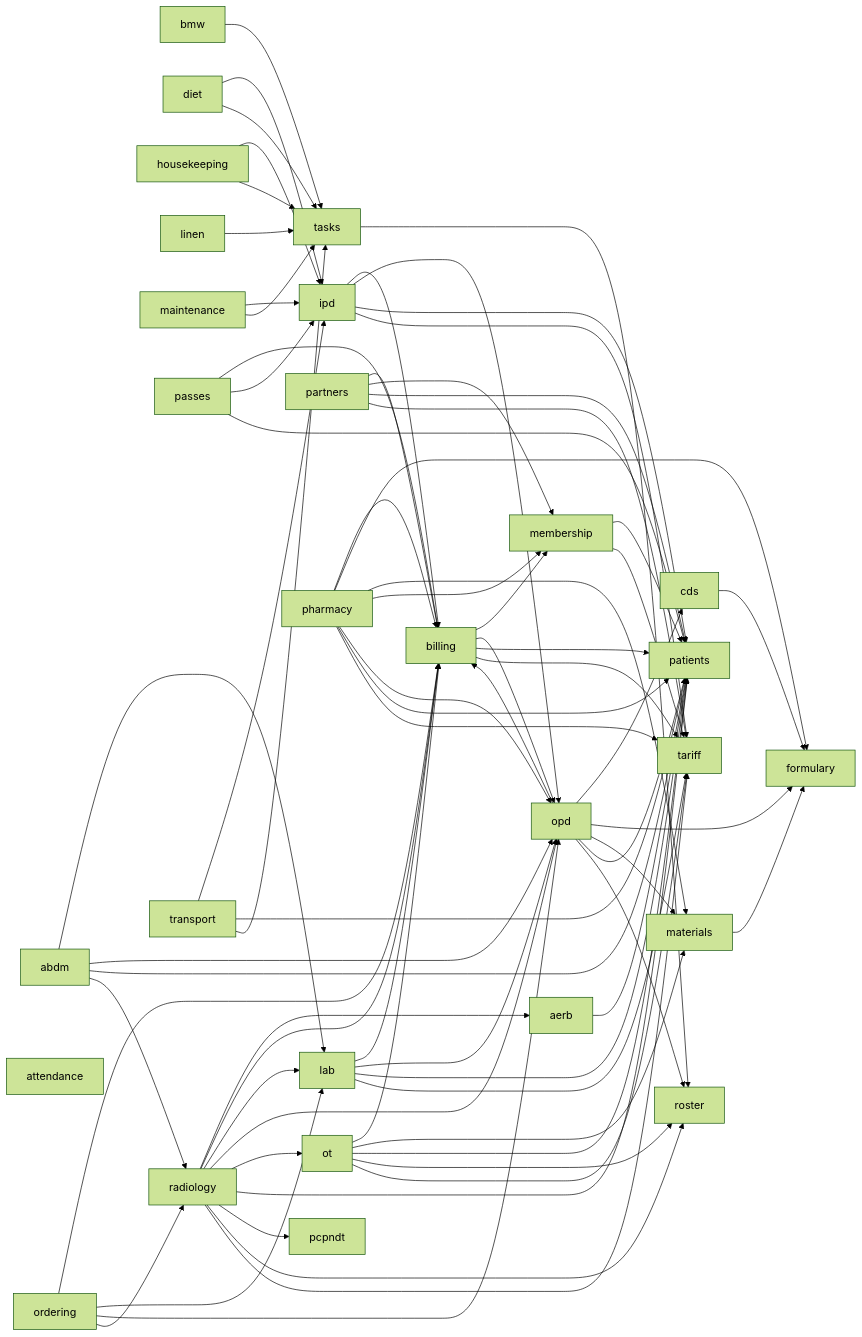
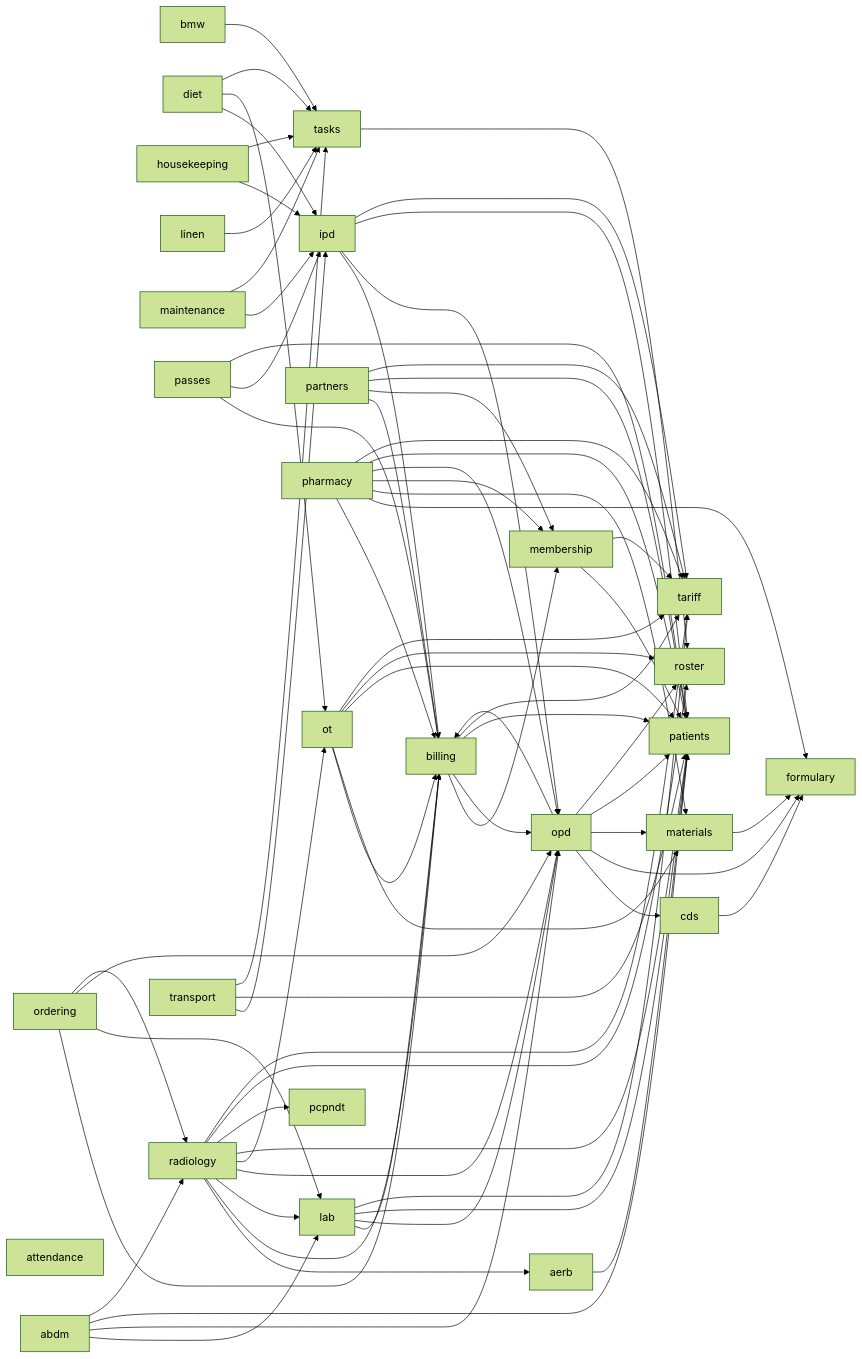
The second of 2 diagrams in docs/architecture/README.md (ankits3a/hims-hmis), drawn with Mermaid (forest theme) before and after one commit. The commit also changed other lines of this file and 37 other files, not shown here.

```diff
--- a/docs/architecture/README.md
+++ b/docs/architecture/README.md
@@ -70,6 +70,7 @@
   bmw --> tasks
   cds --> formulary
   diet --> ipd
+  diet --> ot
   diet --> tasks
   housekeeping --> ipd
   housekeeping --> tasks
```
